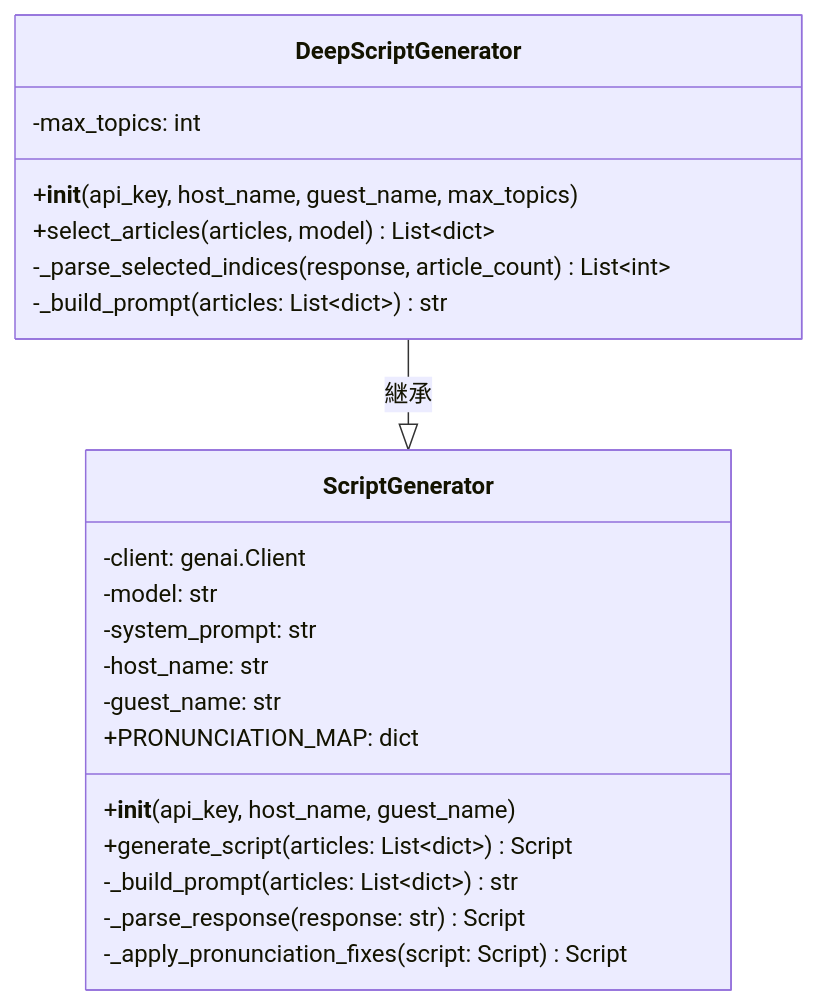
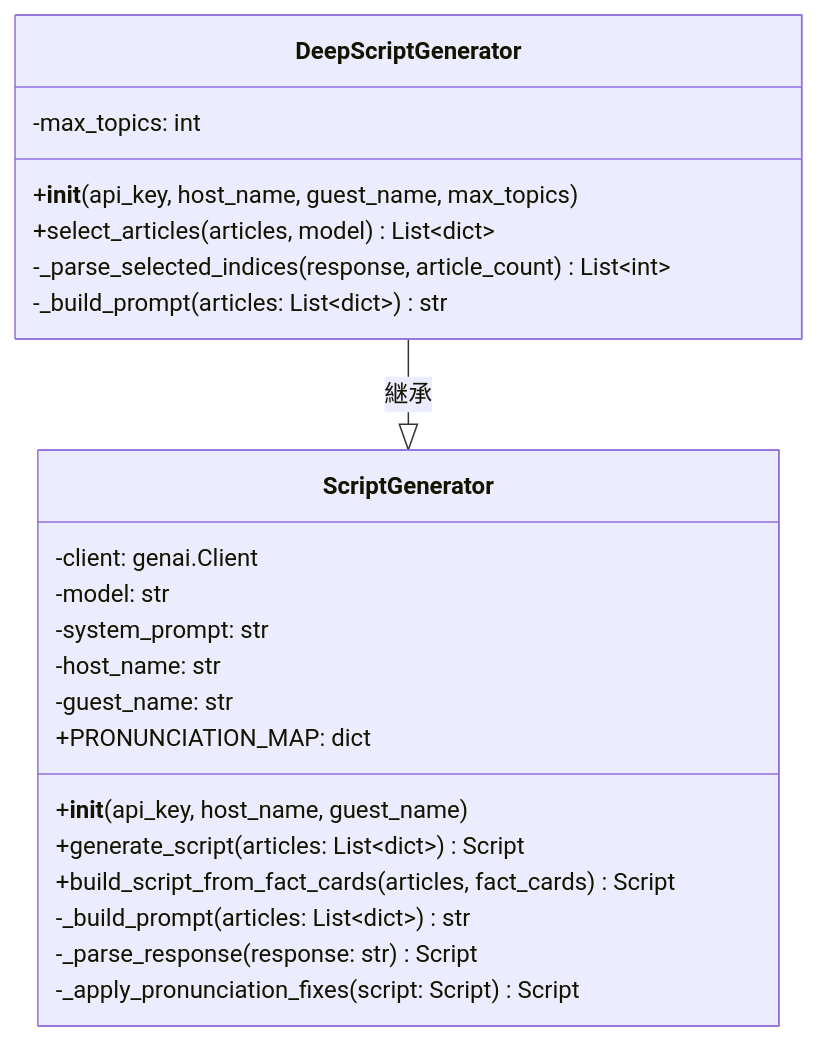
Before and after one commit to necoha/auto-podcast: the second of 8 diagrams in docs/LLD.md, drawn with Mermaid. The commit also changed other lines of this file and 11 other files, not shown here.

````diff
--- a/docs/LLD.md
+++ b/docs/LLD.md
@@ -63,26 +63,27 @@
 ```mermaid
 classDiagram
     class ScriptGenerator {
         -client: genai.Client
         -model: str
         -system_prompt: str
         -host_name: str
         -guest_name: str
         +PRONUNCIATION_MAP: dict
         +__init__(api_key, host_name, guest_name)
         +generate_script(articles: List~dict~) Script
+        +build_script_from_fact_cards(articles, fact_cards) Script
         -_build_prompt(articles: List~dict~) str
         -_parse_response(response: str) Script
         -_apply_pronunciation_fixes(script: Script) Script
     }
 
     class DeepScriptGenerator {
         -max_topics: int
         +__init__(api_key, host_name, guest_name, max_topics)
         +select_articles(articles, model) List~dict~
         -_parse_selected_indices(response, article_count) List~int~
         -_build_prompt(articles: List~dict~) str
     }
 
     DeepScriptGenerator --|> ScriptGenerator : 継承
 ```
````
